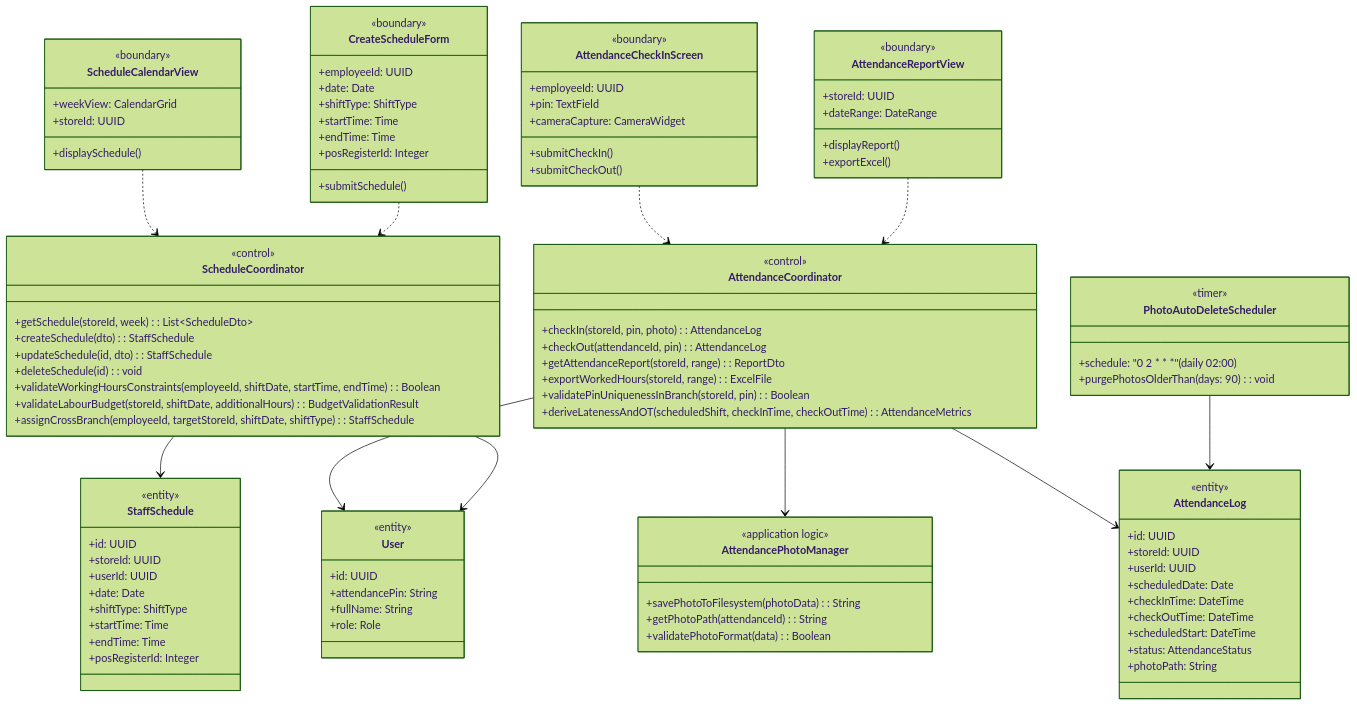
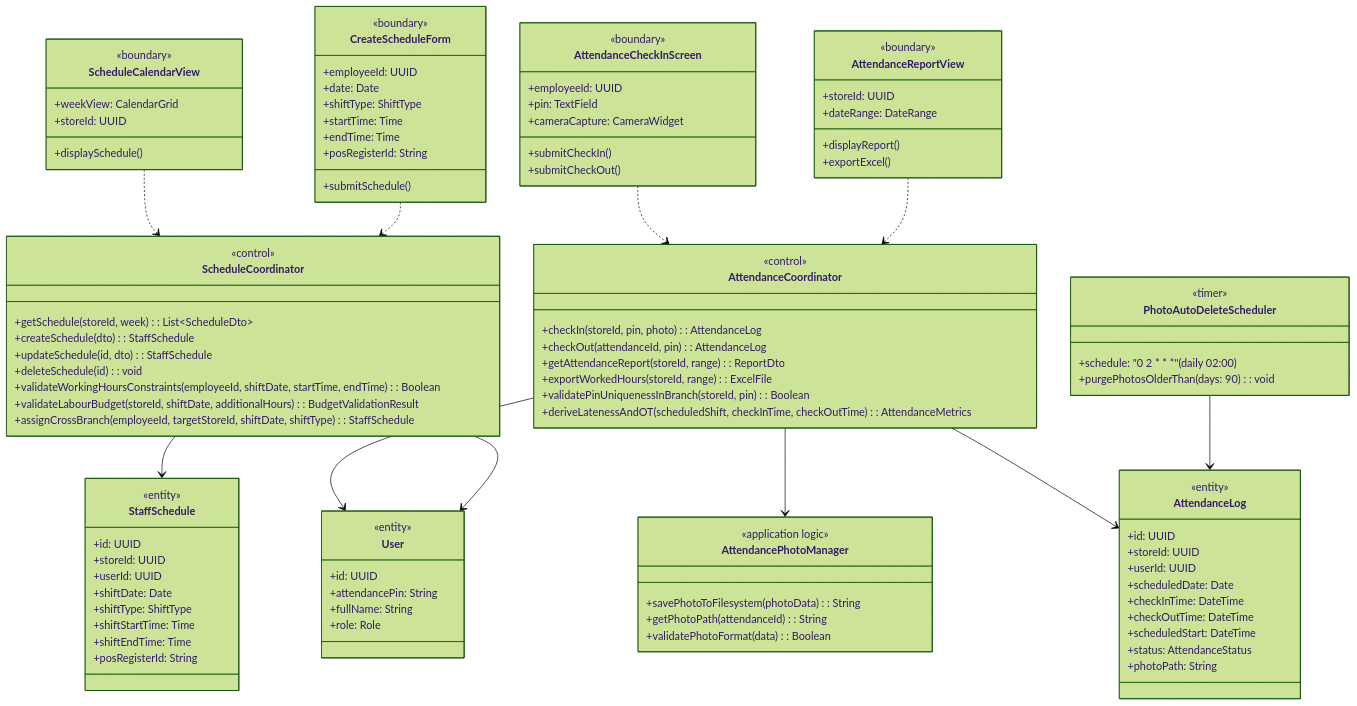
Before and after one commit to Shaichi/Khoga_coffe_shop: the first of 5 diagrams in rds_sections/12_detailed_3_9_staff_management.md, drawn with Mermaid (forest theme). The commit also changed other lines of this file and 15 other files, not shown here.

```diff
--- a/rds_sections/12_detailed_3_9_staff_management.md
+++ b/rds_sections/12_detailed_3_9_staff_management.md
@@ -21,7 +21,7 @@
         +shiftType: ShiftType
         +startTime: Time
         +endTime: Time
-        +posRegisterId: Integer
+        +posRegisterId: String
         +submitSchedule()
     }
     class AttendanceCheckInScreen {
@@ -74,11 +74,11 @@
         +id: UUID
         +storeId: UUID
         +userId: UUID
-        +date: Date
+        +shiftDate: Date
         +shiftType: ShiftType
-        +startTime: Time
-        +endTime: Time
-        +posRegisterId: Integer
+        +shiftStartTime: Time
+        +shiftEndTime: Time
+        +posRegisterId: String
     }
     class AttendanceLog {
         <<entity>>
```
